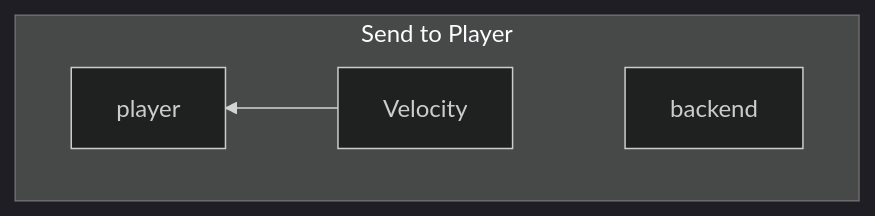
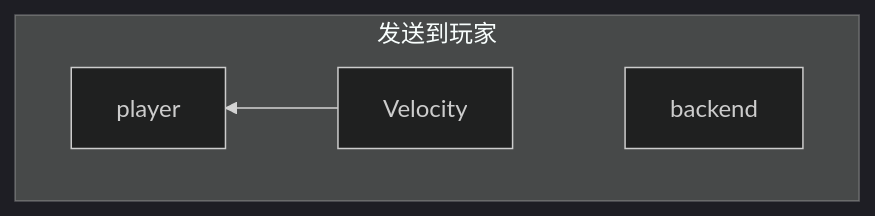
The fifth of 5 diagrams in docs-cn/velocity/dev/api/plugin-messaging.mdx (WhitePhosphor/PaperMC-Docs-CN), drawn with Mermaid (dark theme) before and after one commit. The commit also changed other lines of this file and 133 other files, not shown here.

````diff
--- a/docs-cn/velocity/dev/api/plugin-messaging.mdx
+++ b/docs-cn/velocity/dev/api/plugin-messaging.mdx
@@ -216,7 +214,7 @@
 ```mermaid
 flowchart RL
-    subgraph Send to Player
+    subgraph 发送到玩家
     direction RL
     backend ~~~ Velocity --> player
     end
 ```
````
